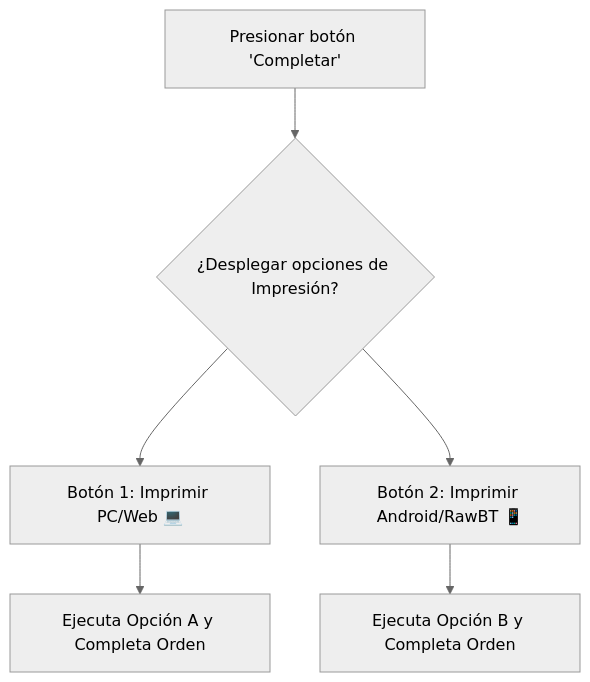
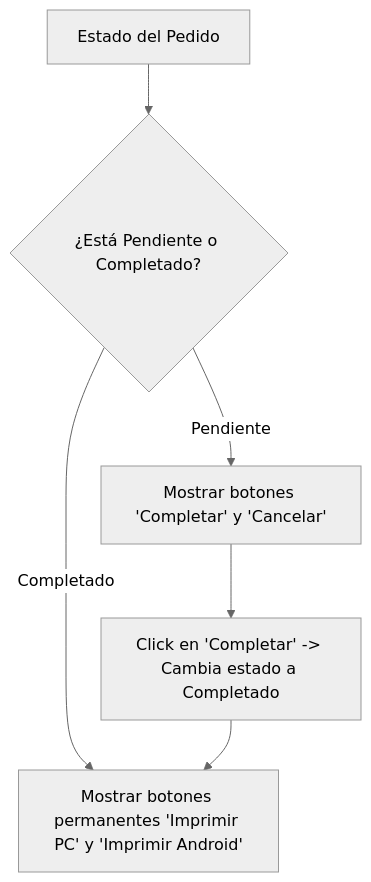
Before and after one commit to dacribelservice/fowy: the diagram in Markdown/impresora.md, drawn with Mermaid (neutral theme). The commit also changed other lines of this file and 1 other file, not shown here.

````diff
--- a/Markdown/impresora.md
+++ b/Markdown/impresora.md
@@ -25,8 +25,8 @@
 ```mermaid
 graph TD
-    A[Presionar botón 'Completar'] --> B{¿Desplegar opciones de Impresión?}
-    B --> C[Botón 1: Imprimir PC/Web 💻]
-    B --> D[Botón 2: Imprimir Android/RawBT 📱]
-    C --> E[Ejecuta Opción A y Completa Orden]
-    D --> F[Ejecuta Opción B y Completa Orden]
+    A[Estado del Pedido] --> B{¿Está Pendiente o Completado?}
+    B -- Pendiente --> C[Mostrar botones 'Completar' y 'Cancelar']
+    B -- Completado --> D[Mostrar botones permanentes 'Imprimir PC' y 'Imprimir Android']
+    C --> E[Click en 'Completar' -> Cambia estado a Completado]
+    E --> D
 ```
````
